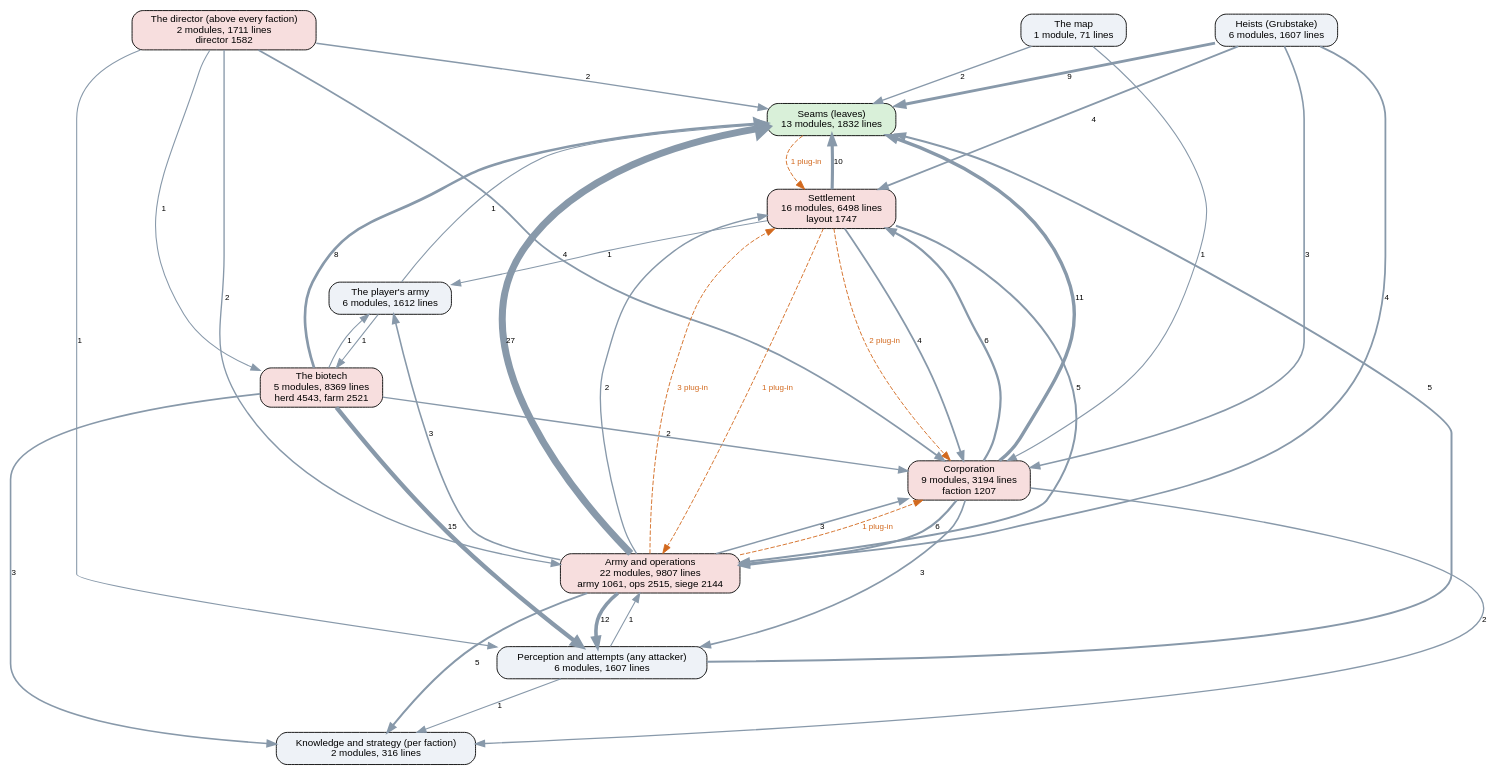
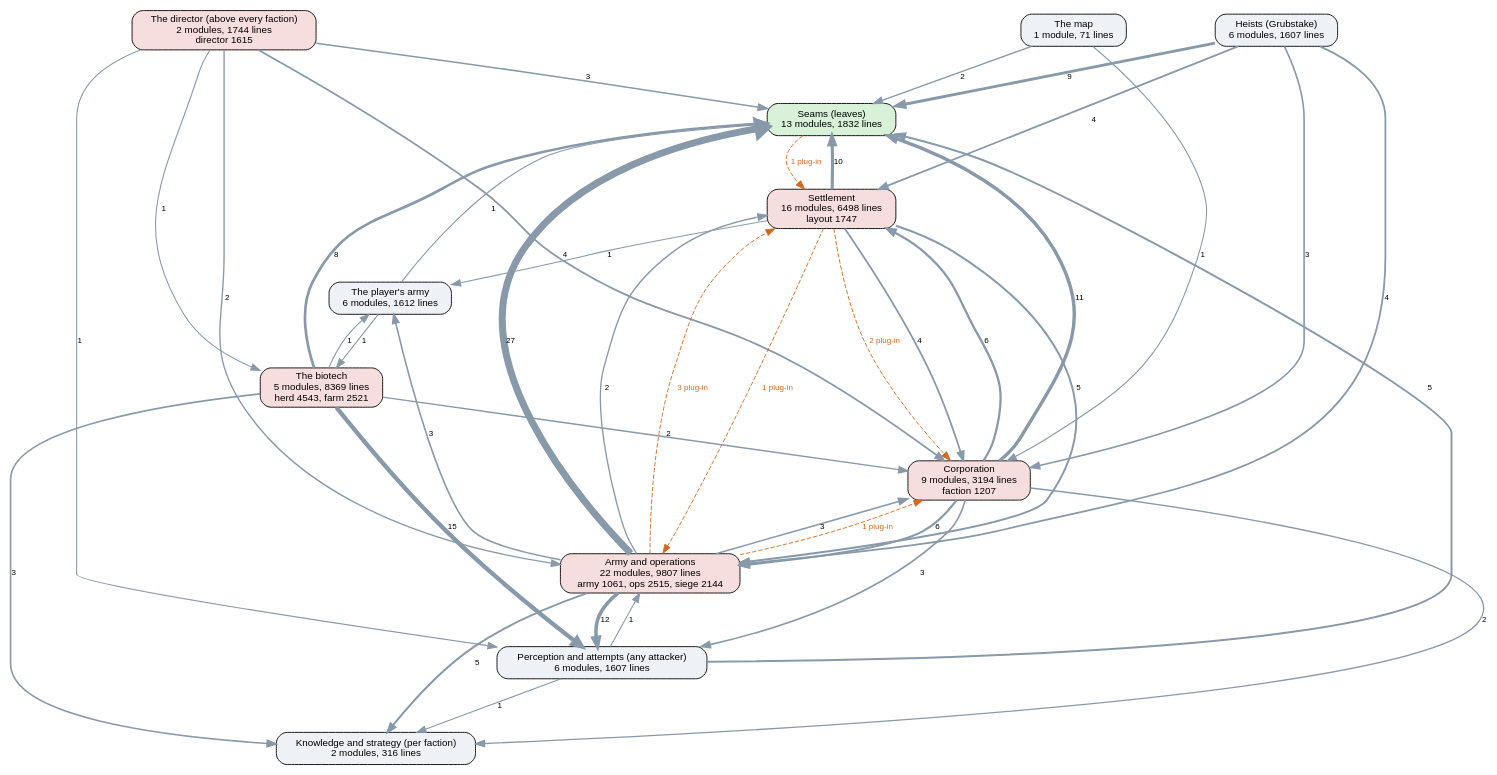
The diagram in docs/ai-layers.dot (kinelhu/landing-party), drawn with Graphviz before and after one commit. The commit also changed 11 other files, not shown here.

```diff
--- a/docs/ai-layers.dot
+++ b/docs/ai-layers.dot
@@ -1,57 +1,57 @@
 digraph layers {
   graph [rankdir=TB, fontname="Helvetica", nodesep=0.5, ranksep=0.7];
   node [shape=box, style="rounded,filled", fontname="Helvetica", fontsize=11, fillcolor="#eef2f7"];
   edge [color="#8899aa", fontname="Helvetica", fontsize=9];
   "Seams (leaves)" [label="Seams (leaves)\n13 modules, 1832 lines", fillcolor="#d9f0d9"];
   "Perception and attempts (any attacker)" [label="Perception and attempts (any attacker)\n6 modules, 1607 lines", fillcolor="#eef2f7"];
   "Knowledge and strategy (per faction)" [label="Knowledge and strategy (per faction)\n2 modules, 316 lines", fillcolor="#eef2f7"];
-  "The director (above every faction)" [label="The director (above every faction)\n2 modules, 1711 lines\ndirector 1582", fillcolor="#f7dede"];
+  "The director (above every faction)" [label="The director (above every faction)\n2 modules, 1744 lines\ndirector 1615", fillcolor="#f7dede"];
   "Corporation" [label="Corporation\n9 modules, 3194 lines\nfaction 1207", fillcolor="#f7dede"];
   "Settlement" [label="Settlement\n16 modules, 6498 lines\nlayout 1747", fillcolor="#f7dede"];
   "Army and operations" [label="Army and operations\n22 modules, 9807 lines\narmy 1061, ops 2515, siege 2144", fillcolor="#f7dede"];
   "Heists (Grubstake)" [label="Heists (Grubstake)\n6 modules, 1607 lines", fillcolor="#eef2f7"];
   "The biotech" [label="The biotech\n5 modules, 8369 lines\nherd 4543, farm 2521", fillcolor="#f7dede"];
   "The map" [label="The map\n1 module, 71 lines", fillcolor="#eef2f7"];
   "The player's army" [label="The player's army\n6 modules, 1612 lines", fillcolor="#eef2f7"];
   "Army and operations" -> "Corporation" [label="3", penwidth=1.8];
   "Army and operations" -> "Knowledge and strategy (per faction)" [label="5", penwidth=2.2];
   "Army and operations" -> "Perception and attempts (any attacker)" [label="12", penwidth=4.0];
   "Army and operations" -> "Seams (leaves)" [label="27", penwidth=7.8];
   "Army and operations" -> "Settlement" [label="2", penwidth=1.5];
   "Army and operations" -> "The player's army" [label="3", penwidth=1.8];
   "Corporation" -> "Army and operations" [label="6", penwidth=2.5];
   "Corporation" -> "Knowledge and strategy (per faction)" [label="2", penwidth=1.5];
   "Corporation" -> "Perception and attempts (any attacker)" [label="3", penwidth=1.8];
   "Corporation" -> "Seams (leaves)" [label="11", penwidth=3.8];
   "Corporation" -> "Settlement" [label="6", penwidth=2.5];
   "Heists (Grubstake)" -> "Army and operations" [label="4", penwidth=2.0];
   "Heists (Grubstake)" -> "Corporation" [label="3", penwidth=1.8];
   "Heists (Grubstake)" -> "Seams (leaves)" [label="9", penwidth=3.2];
   "Heists (Grubstake)" -> "Settlement" [label="4", penwidth=2.0];
   "Perception and attempts (any attacker)" -> "Army and operations" [label="1", penwidth=1.2];
   "Perception and attempts (any attacker)" -> "Knowledge and strategy (per faction)" [label="1", penwidth=1.2];
   "Perception and attempts (any attacker)" -> "Seams (leaves)" [label="5", penwidth=2.2];
   "Settlement" -> "Army and operations" [label="5", penwidth=2.2];
   "Settlement" -> "Corporation" [label="4", penwidth=2.0];
   "Settlement" -> "Seams (leaves)" [label="10", penwidth=3.5];
   "Settlement" -> "The player's army" [label="1", penwidth=1.2];
   "The biotech" -> "Corporation" [label="2", penwidth=1.5];
   "The biotech" -> "Knowledge and strategy (per faction)" [label="3", penwidth=1.8];
   "The biotech" -> "Perception and attempts (any attacker)" [label="15", penwidth=4.8];
   "The biotech" -> "Seams (leaves)" [label="8", penwidth=3.0];
   "The biotech" -> "The player's army" [label="1", penwidth=1.2];
   "The director (above every faction)" -> "Army and operations" [label="2", penwidth=1.5];
   "The director (above every faction)" -> "Corporation" [label="4", penwidth=2.0];
   "The director (above every faction)" -> "Perception and attempts (any attacker)" [label="1", penwidth=1.2];
-  "The director (above every faction)" -> "Seams (leaves)" [label="2", penwidth=1.5];
+  "The director (above every faction)" -> "Seams (leaves)" [label="3", penwidth=1.8];
   "The director (above every faction)" -> "The biotech" [label="1", penwidth=1.2];
   "The map" -> "Corporation" [label="1", penwidth=1.2];
   "The map" -> "Seams (leaves)" [label="2", penwidth=1.5];
   "The player's army" -> "Seams (leaves)" [label="1", penwidth=1.2];
   "The player's army" -> "The biotech" [label="1", penwidth=1.2];
   "Army and operations" -> "Corporation" [style=dashed, color="#d2691e", fontcolor="#d2691e", label="1 plug-in"];
   "Army and operations" -> "Settlement" [style=dashed, color="#d2691e", fontcolor="#d2691e", label="3 plug-in"];
   "Seams (leaves)" -> "Settlement" [style=dashed, color="#d2691e", fontcolor="#d2691e", label="1 plug-in"];
   "Settlement" -> "Army and operations" [style=dashed, color="#d2691e", fontcolor="#d2691e", label="1 plug-in"];
   "Settlement" -> "Corporation" [style=dashed, color="#d2691e", fontcolor="#d2691e", label="2 plug-in"];
 }
```
